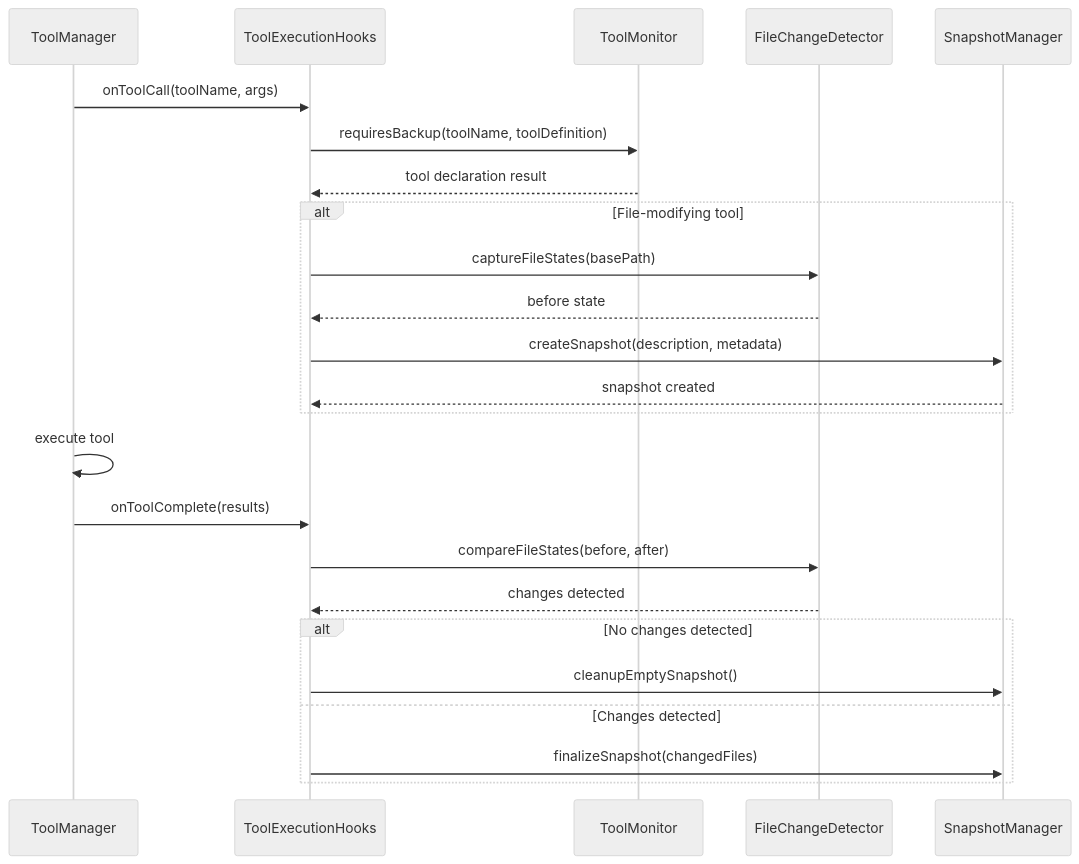
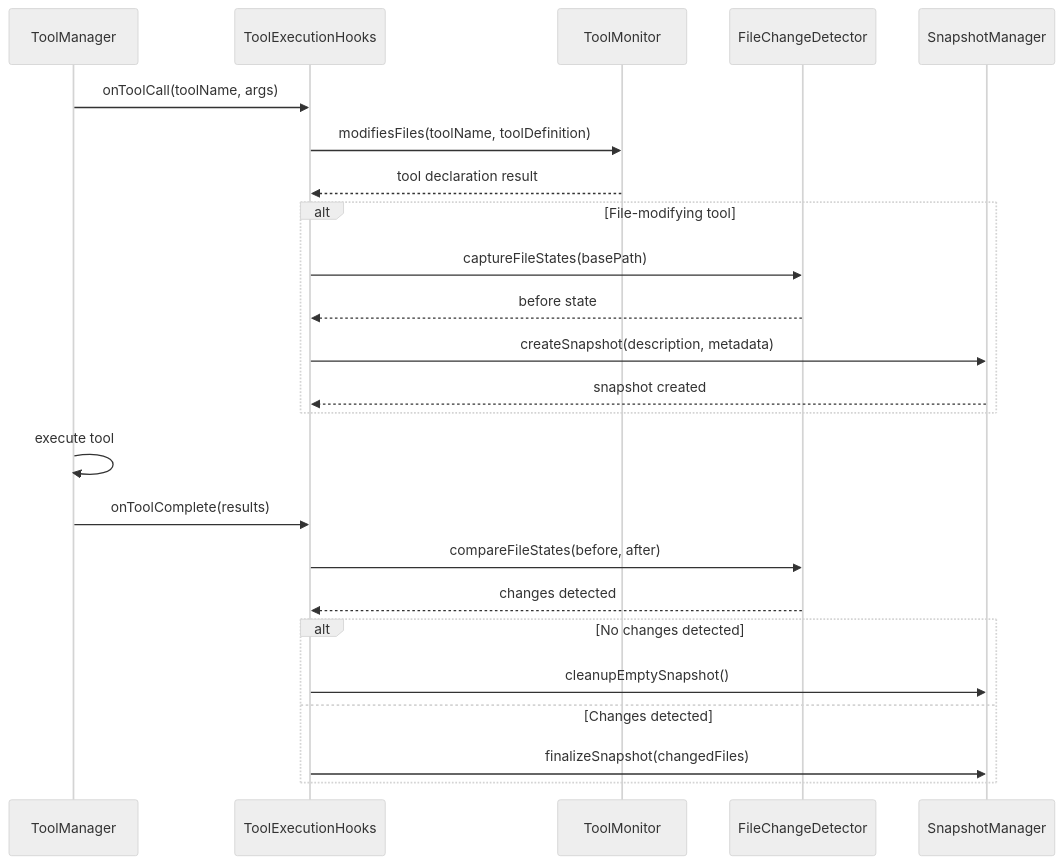
The third of 3 diagrams in docs/functional-specification/snapshots-reimplementation-spec_v2/phase-2-automatic-creation/solution_architecture.md (JinxCodesAI/SynthDev), drawn with Mermaid (neutral theme) before and after one commit. The commit also changed other lines of this file and 14 other files, not shown here.

````diff
--- a/docs/functional-specification/snapshots-reimplementation-spec_v2/phase-2-automatic-creation/solution_architecture.md
+++ b/docs/functional-specification/snapshots-reimplementation-spec_v2/phase-2-automatic-creation/solution_architecture.md
@@ -356,31 +352,31 @@
 ```mermaid
 sequenceDiagram
     participant ToolManager
     participant ToolExecutionHooks
     participant ToolMonitor
     participant FileChangeDetector
     participant SnapshotManager
 
     ToolManager->>ToolExecutionHooks: onToolCall(toolName, args)
-    ToolExecutionHooks->>ToolMonitor: requiresBackup(toolName, toolDefinition)
+    ToolExecutionHooks->>ToolMonitor: modifiesFiles(toolName, toolDefinition)
     ToolMonitor-->>ToolExecutionHooks: tool declaration result
 
     alt File-modifying tool
         ToolExecutionHooks->>FileChangeDetector: captureFileStates(basePath)
         FileChangeDetector-->>ToolExecutionHooks: before state
         ToolExecutionHooks->>SnapshotManager: createSnapshot(description, metadata)
         SnapshotManager-->>ToolExecutionHooks: snapshot created
     end
 
     ToolManager->>ToolManager: execute tool
     ToolManager->>ToolExecutionHooks: onToolComplete(results)
 
     ToolExecutionHooks->>FileChangeDetector: compareFileStates(before, after)
     FileChangeDetector-->>ToolExecutionHooks: changes detected
 
     alt No changes detected
         ToolExecutionHooks->>SnapshotManager: cleanupEmptySnapshot()
     else Changes detected
         ToolExecutionHooks->>SnapshotManager: finalizeSnapshot(changedFiles)
     end
 ```
````
